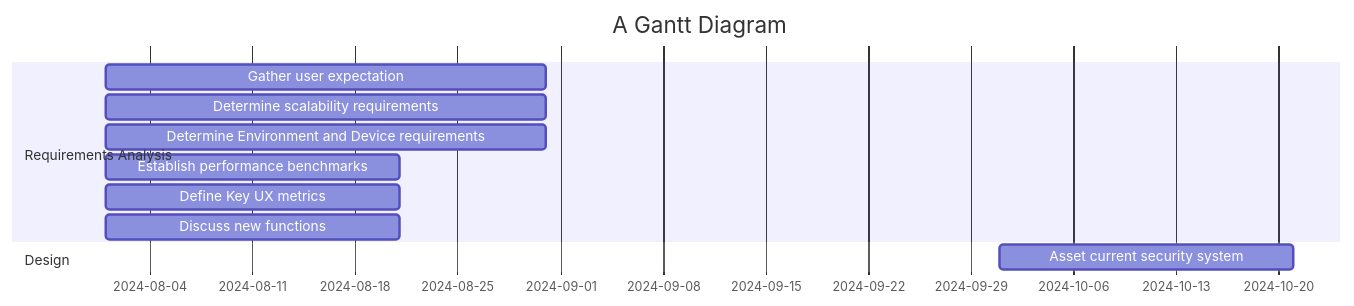
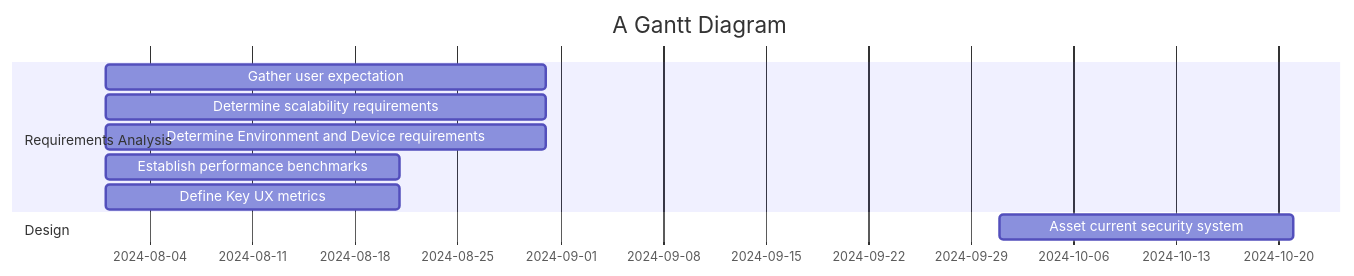
One commit to sayshelley/iodraw-files changed the diagram in all/Untitled-2.md. Above: the diagram before and after it, drawn with Mermaid.

Commit message:
2024-10-05 00:18:35 update

````diff
--- a/all/Untitled-2.md
+++ b/all/Untitled-2.md
@@ -1,22 +1,23 @@
 ```mermaid
 gantt
     title A Gantt Diagram
     dateFormat  YYYY-MM-DD
     section Requirements Analysis
         Gather user expectation: a4, 2024-08-01, 30d
+        
         Determine scalability requirements: a1, 2024-08-01, 30d
         Determine Environment and Device requirements: a2, 2024-08-01, 30d
         Establish performance benchmarks: a3, 2024-08-01, 20d
         Define Key UX metrics: a5, 2024-08-01, 20d
-        Discuss new functions: a6, 2024-08-01, 20d
+        
     section Design
         Asset current security system: b1, 2024-10-01, 20d
 
     section Develop
 
 
     
 
 
    
 ```
````
